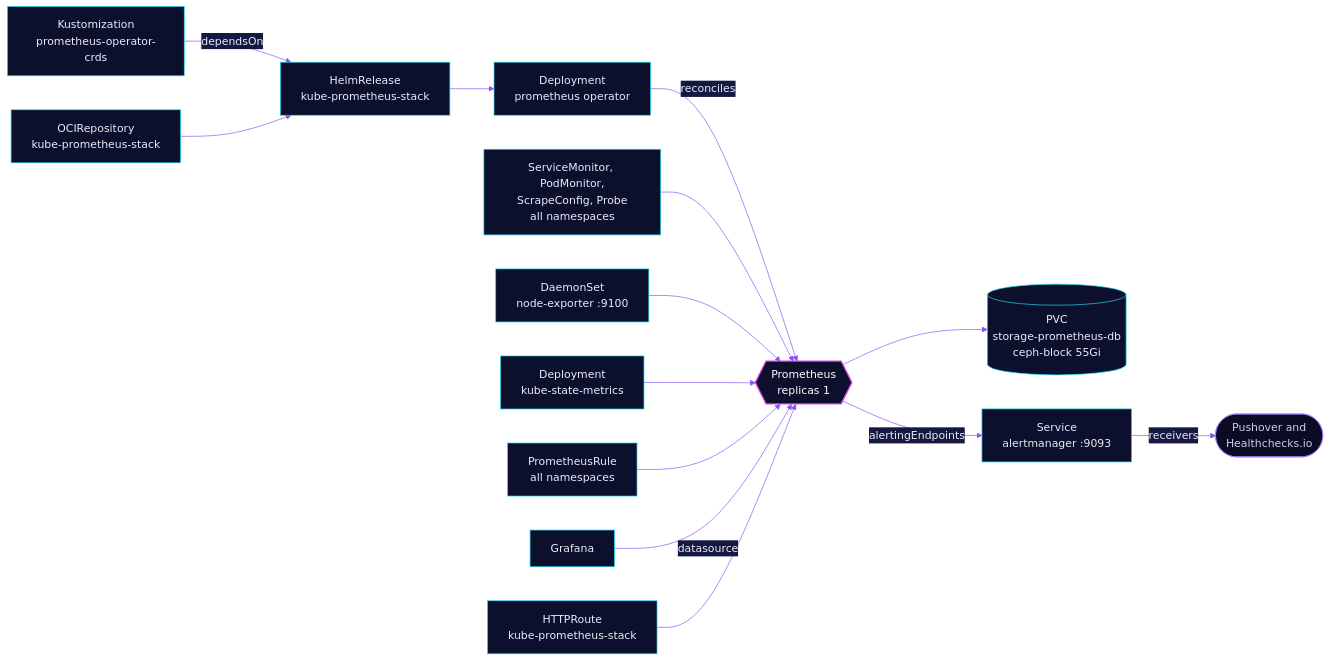
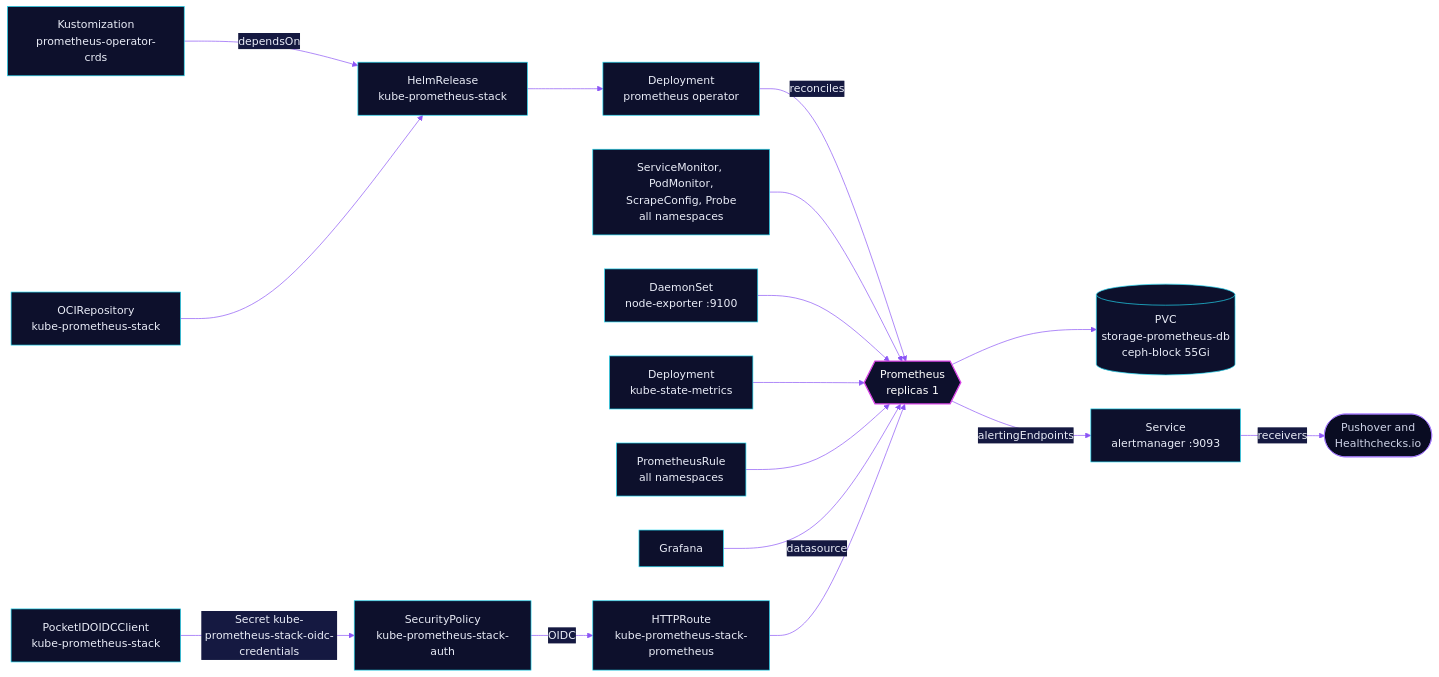
Before and after one commit to skrumbach/home-ops: the diagram in kubernetes/apps/base/monitoring/kube-prometheus-stack/README.md, drawn with Mermaid. The commit also changed other lines of this file and 33 other files, not shown here.

First line of the commit message:
feat(security): close the open routes with Pocket ID (three Envoy gates, three native logins)

````diff
--- a/kubernetes/apps/base/monitoring/kube-prometheus-stack/README.md
+++ b/kubernetes/apps/base/monitoring/kube-prometheus-stack/README.md
@@ -41,21 +42,23 @@
 ```mermaid
 %%{init: {'theme':'base','themeVariables':{'primaryColor':'#0D102C','primaryTextColor':'#E9ECF7','primaryBorderColor':'#22D8F0','lineColor':'#8B55F5','secondaryColor':'#151941','tertiaryColor':'#090C22','edgeLabelBackground':'#151941'}}}%%
 flowchart LR
   crds["Kustomization<br/>prometheus-operator-crds"] -->|dependsOn| hr["HelmRelease<br/>kube-prometheus-stack"]
   oci["OCIRepository<br/>kube-prometheus-stack"] --> hr
   hr --> op["Deployment<br/>prometheus operator"]
   op -->|reconciles| prom{{"Prometheus<br/>replicas 1"}}
   mon["ServiceMonitor, PodMonitor,<br/>ScrapeConfig, Probe<br/>all namespaces"] --> prom
   ne["DaemonSet<br/>node-exporter :9100"] --> prom
   ksm["Deployment<br/>kube-state-metrics"] --> prom
   rules["PrometheusRule<br/>all namespaces"] --> prom
   prom --> pvc[("PVC<br/>storage-prometheus-db<br/>ceph-block 55Gi")]
   prom -->|alertingEndpoints| am["Service<br/>alertmanager :9093"]
   am -->|receivers| push(["Pushover and<br/>Healthchecks.io"])
   gf["Grafana"] -->|datasource| prom
-  route["HTTPRoute<br/>kube-prometheus-stack"] --> prom
+  route["HTTPRoute<br/>kube-prometheus-stack-prometheus"] --> prom
+  sp["SecurityPolicy<br/>kube-prometheus-stack-auth"] -->|OIDC| route
+  oidc["PocketIDOIDCClient<br/>kube-prometheus-stack"] -->|Secret kube-prometheus-stack-oidc-credentials| sp
   classDef accent fill:#0D102C,stroke:#D946E6,stroke-width:2px,color:#FFFFFF
   classDef ext fill:#090C22,stroke:#A57BFF,color:#CDD2E6
   class prom accent
   class push ext
 ```
````
